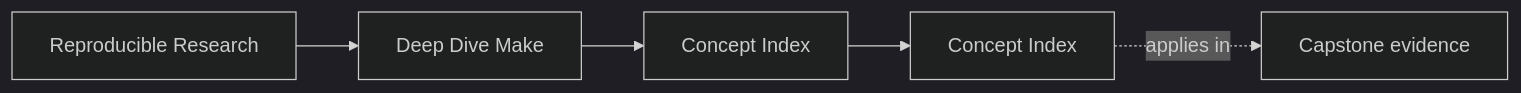
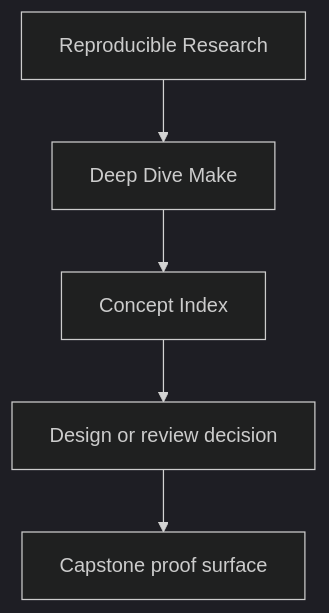
Before and after one commit to bijux/bijux-masterclass: the first of 2 diagrams in programs/reproducible-research/deep-dive-make/course-book/reference/concept-index.md, drawn with Mermaid (dark theme). The commit also changed other lines of this file and 29 other files, not shown here.

Commit message:
docs(deep-dive-make): sharpen guide and reference diagrams

````diff
--- a/programs/reproducible-research/deep-dive-make/course-book/reference/concept-index.md
+++ b/programs/reproducible-research/deep-dive-make/course-book/reference/concept-index.md
@@ -9,11 +9,7 @@
 ```mermaid
-graph LR
-  family["Reproducible Research"]
-  program["Deep Dive Make"]
-  section["Concept Index"]
-  page["Concept Index"]
-  capstone["Capstone evidence"]
-
-  family --> program --> section --> page
-  page -.applies in.-> capstone
+flowchart TD
+  family["Reproducible Research"] --> program["Deep Dive Make"]
+  program --> reference["Concept Index"]
+  reference --> review["Design or review decision"]
+  review --> capstone["Capstone proof surface"]
 ```
````
